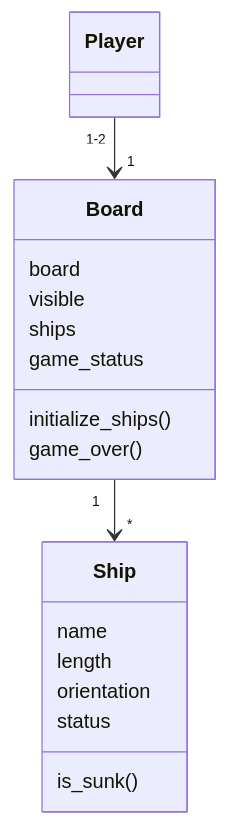
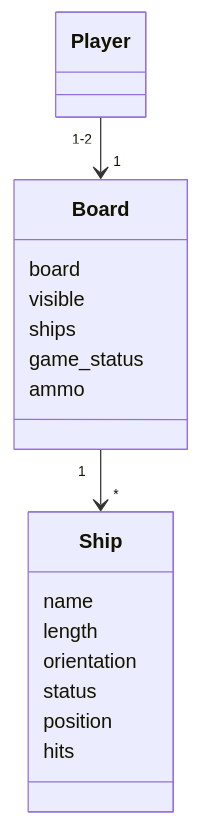
Before and after one commit to zmejka/ot-harjoitustyo: the diagram in dokumentaatio/arkkitehtuuri.md, drawn with Mermaid. The commit also changed other lines of this file and 24 other files, not shown here.

````diff
--- a/dokumentaatio/arkkitehtuuri.md
+++ b/dokumentaatio/arkkitehtuuri.md
@@ -18,21 +18,21 @@
 ```mermaid
  classDiagram
       Board "1" --> "*" Ship
       Player "1-2" --> "1" Board
       class Board{
           board
           visible
           ships
           game_status
-          initialize_ships()
-          game_over()
+          ammo
       }
       class Ship{
           name
           length
           orientation
           status
-          is_sunk()
+          position
+          hits
       }
 
 ```
````
